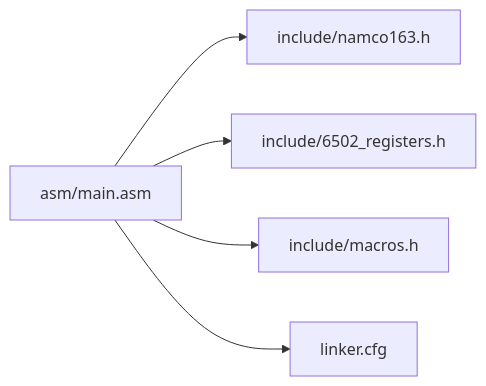
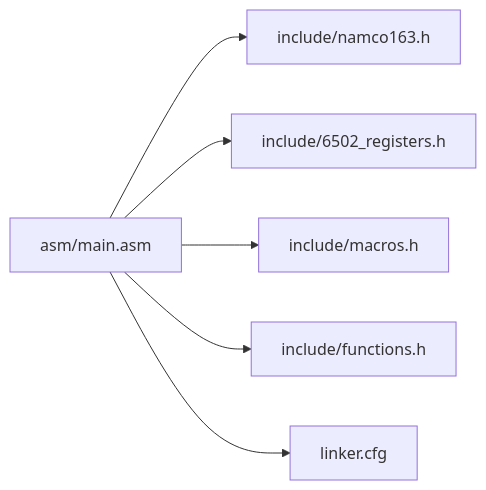
The eighth of 11 diagrams in .qoder/repowiki/en/content/Build System and Tools/Build System and Tools.md (rabbyzero/sango2dasm), drawn with Mermaid before and after one commit. The commit also changed other lines of this file and 21 other files, not shown here.

````diff
--- a/.qoder/repowiki/en/content/Build System and Tools/Build System and Tools.md
+++ b/.qoder/repowiki/en/content/Build System and Tools/Build System and Tools.md
@@ -416,7 +425,8 @@
 ```mermaid
 graph LR
 M["asm/main.asm"] --> N["include/namco163.h"]
 M --> H["include/6502_registers.h"]
 M --> G["include/macros.h"]
+M --> F["include/functions.h"]
 M --> L["linker.cfg"]
 ```
````
